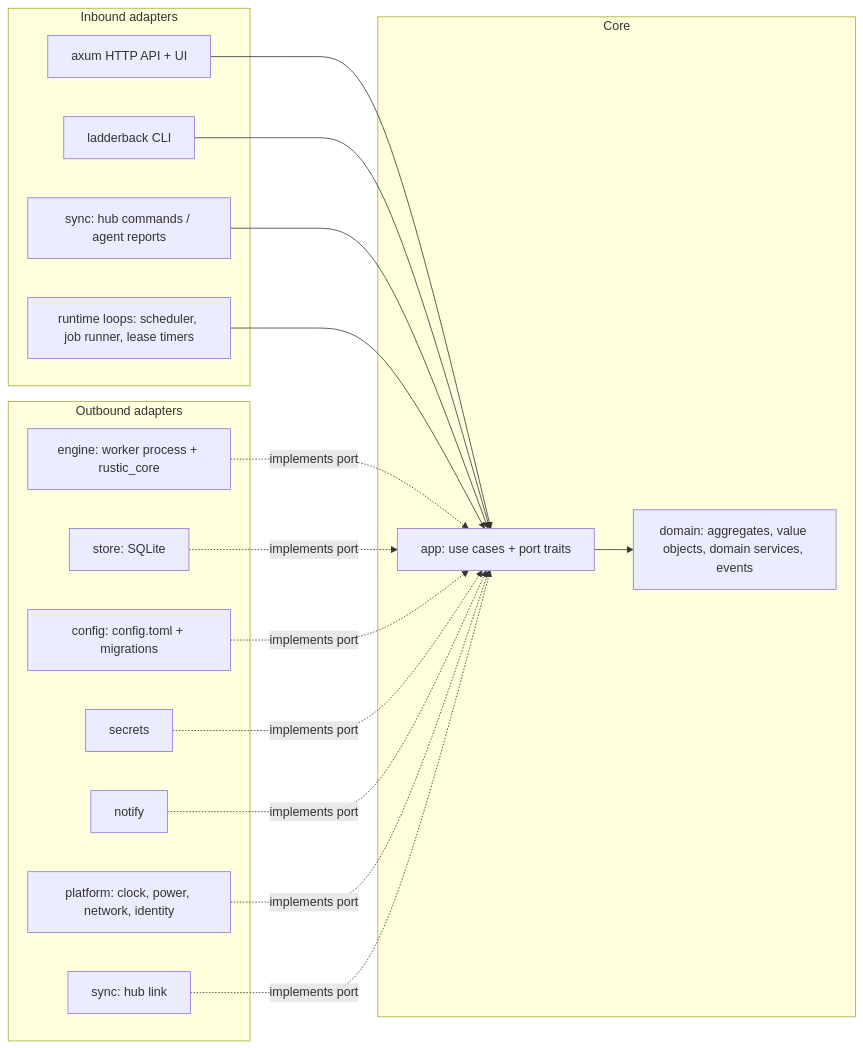
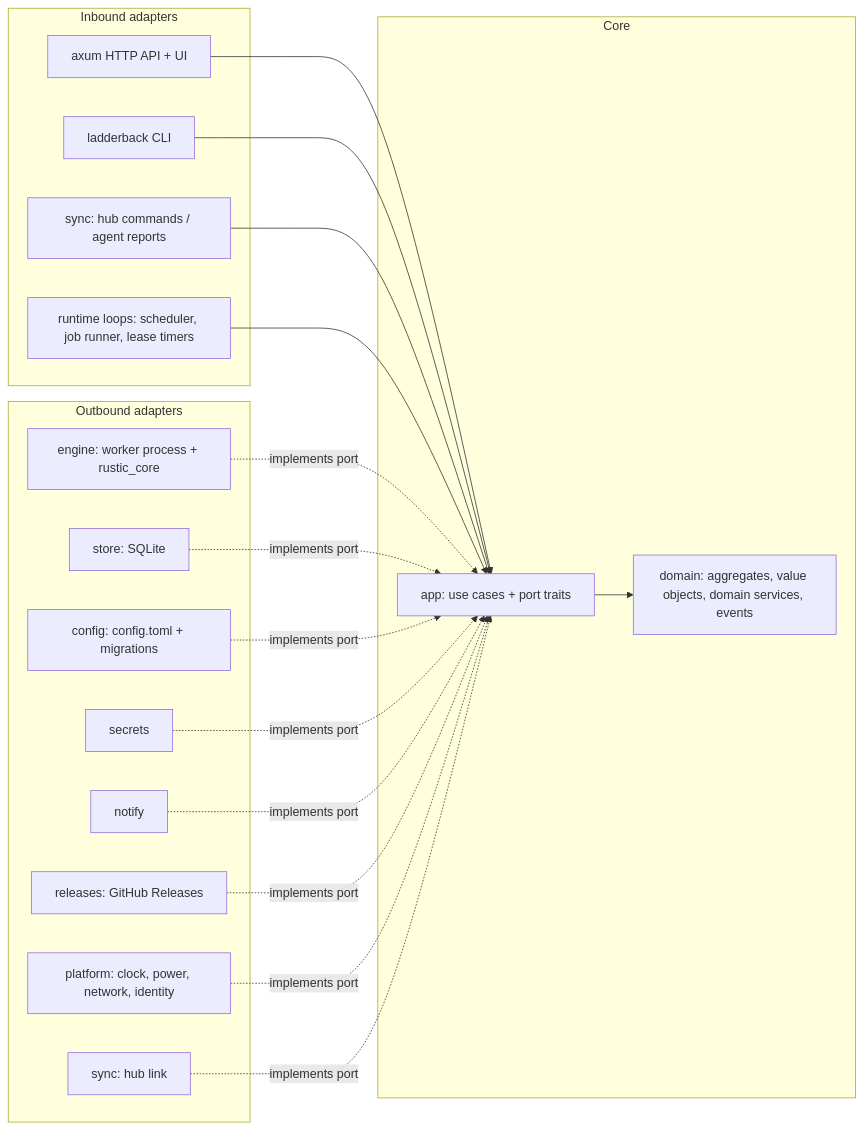
The diagram in docs/design/architecture.md (nledford/Ladderback), drawn with Mermaid before and after one commit. The commit also changed other lines of this file and 68 other files, not shown here.

````diff
--- a/docs/design/architecture.md
+++ b/docs/design/architecture.md
@@ -149,34 +152,36 @@
 ```mermaid
 flowchart LR
   subgraph Inbound adapters
     HTTP[axum HTTP API + UI]
     CLI[ladderback CLI]
     SYNCIN[sync: hub commands / agent reports]
     LOOPS[runtime loops: scheduler, job runner, lease timers]
   end
   subgraph Core
     APP[app: use cases + port traits]
     DOM[domain: aggregates, value objects, domain services, events]
   end
   subgraph Outbound adapters
     ENG[engine: worker process + rustic_core]
     STORE[store: SQLite]
     CFG[config: config.toml + migrations]
     SEC[secrets]
     NOTE[notify]
+    REL[releases: GitHub Releases]
     PLAT[platform: clock, power, network, identity]
     SYNCOUT[sync: hub link]
   end
   HTTP --> APP
   CLI --> APP
   SYNCIN --> APP
   LOOPS --> APP
   APP --> DOM
   ENG -. implements port .-> APP
   STORE -. implements port .-> APP
   CFG -. implements port .-> APP
   SEC -. implements port .-> APP
   NOTE -. implements port .-> APP
+  REL -. implements port .-> APP
   PLAT -. implements port .-> APP
   SYNCOUT -. implements port .-> APP
 ```
````
